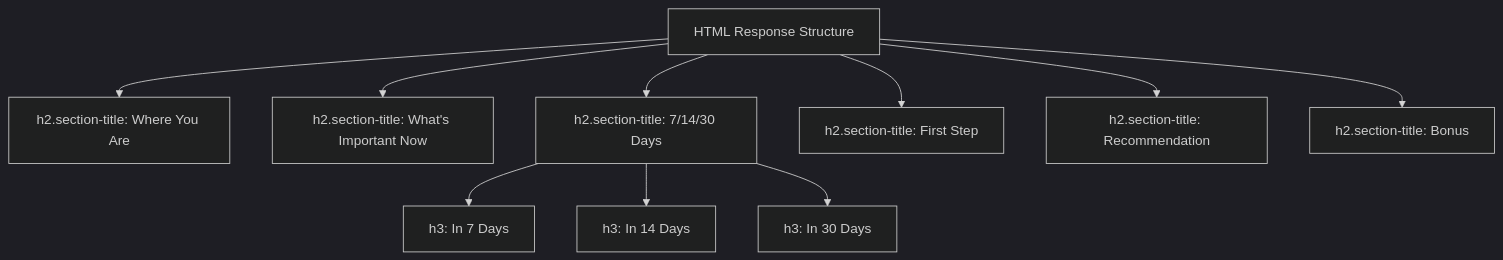
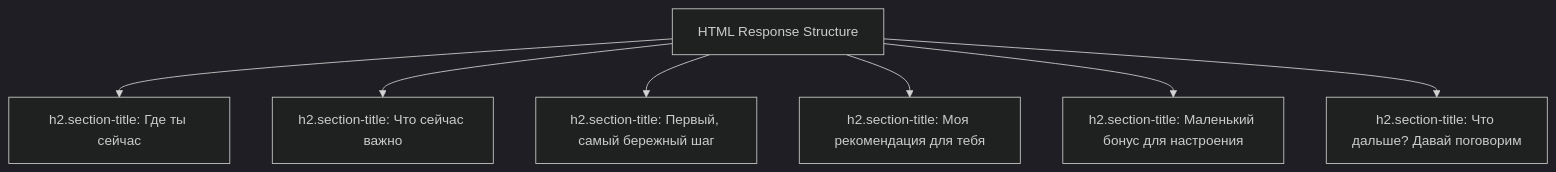
The second of 7 diagrams in .qoder/repowiki/en/content/Backend Architecture/Generate Result API.md (lommaks777/alena), drawn with Mermaid (dark theme) before and after one commit. The commit also changed other lines of this file and 19 other files, not shown here.

````diff
--- a/.qoder/repowiki/en/content/Backend Architecture/Generate Result API.md
+++ b/.qoder/repowiki/en/content/Backend Architecture/Generate Result API.md
@@ -64,12 +71,9 @@
 ```mermaid
 flowchart TD
-A["HTML Response Structure"] --> B["h2.section-title: Where You Are"]
-A --> C["h2.section-title: What's Important Now"]
-A --> D["h2.section-title: 7/14/30 Days"]
-D --> D1["h3: In 7 Days"]
-D --> D2["h3: In 14 Days"]
-D --> D3["h3: In 30 Days"]
-A --> E["h2.section-title: First Step"]
-A --> F["h2.section-title: Recommendation"]
-A --> G["h2.section-title: Bonus"]
+A["HTML Response Structure"] --> B["h2.section-title: Где ты сейчас"]
+A --> C["h2.section-title: Что сейчас важно"]
+A --> D["h2.section-title: Первый, самый бережный шаг"]
+A --> E["h2.section-title: Моя рекомендация для тебя"]
+A --> F["h2.section-title: Маленький бонус для настроения"]
+A --> G["h2.section-title: Что дальше? Давай поговорим"]
 ```
````
